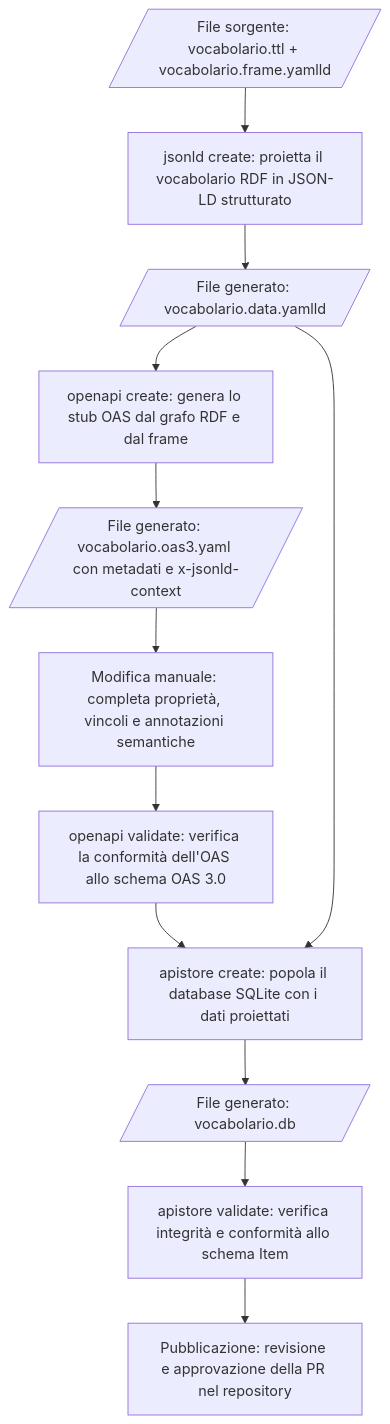
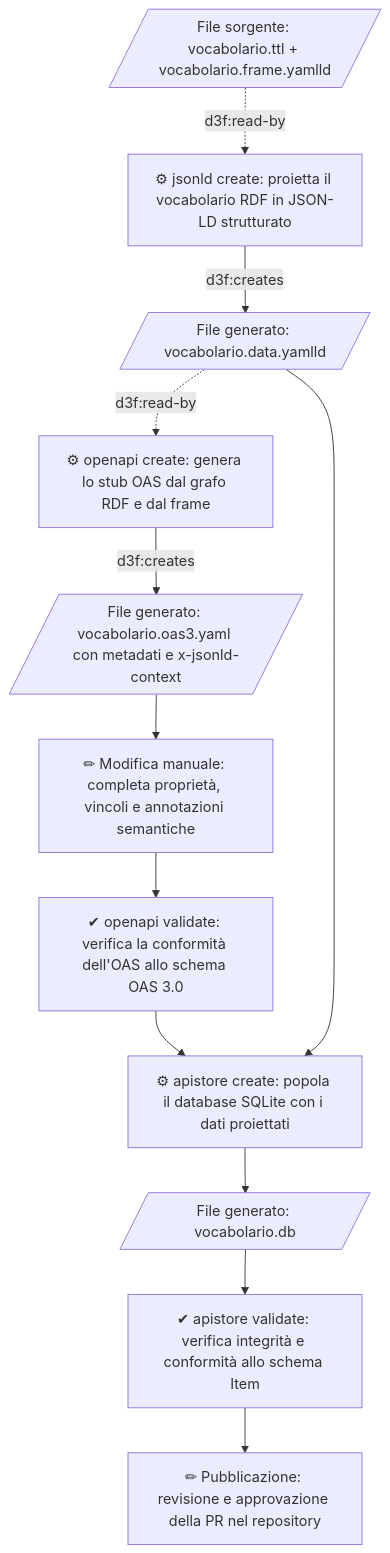
Before and after one commit to par-tec/dati-semantic-csv-apis: the second of 2 diagrams in docs/manual-api.md, drawn with Mermaid. The commit also changed other lines of this file, not shown here.

Commit message:
more graphs

````diff
--- a/docs/manual-api.md
+++ b/docs/manual-api.md
@@ -97,26 +96,26 @@
 ```mermaid
 flowchart TD
     Input[/"File sorgente: vocabolario.ttl + vocabolario.frame.yamlld"/]
-    GenJsonLD["jsonld create: proietta il vocabolario RDF in JSON-LD strutturato"]
-    Projection[/"File generato: vocabolario.data.yamlld"/]
-    GenOAS["openapi create: genera lo stub OAS dal grafo RDF e dal frame"]
-    Stub[/"File generato: vocabolario.oas3.yaml con metadati e x-jsonld-context"/]
-    ManualEdit["Modifica manuale: completa proprietà, vincoli e annotazioni semantiche"]
-    ValidateOAS["openapi validate: verifica la conformità dell'OAS allo schema OAS 3.0"]
-    CreateDB["apistore create: popola il database SQLite con i dati proiettati"]
+    jsonld-create["⚙ jsonld create: proietta il vocabolario RDF in JSON-LD strutturato"]
+    data-yaml[/"File generato: vocabolario.data.yamlld"/]
+    openapi-create["⚙ openapi create: genera lo stub OAS dal grafo RDF e dal frame"]
+    oas-stub-yaml[/"File generato: vocabolario.oas3.yaml con metadati e x-jsonld-context"/]
+    ManualEdit["✏ Modifica manuale: completa proprietà, vincoli e annotazioni semantiche"]
+    ValidateOAS["✔ openapi validate: verifica la conformità dell'OAS allo schema OAS 3.0"]
+    CreateDB["⚙ apistore create: popola il database SQLite con i dati proiettati"]
     DB[/"File generato: vocabolario.db"/]
-    ValidateDB["apistore validate: verifica integrità e conformità allo schema Item"]
-    Publish["Pubblicazione: revisione e approvazione della PR nel repository"]
+    ValidateDB["✔ apistore validate: verifica integrità e conformità allo schema Item"]
+    Publish["✏ Pubblicazione: revisione e approvazione della PR nel repository"]
 
-    Input --> GenJsonLD
-    GenJsonLD --> Projection
-    Projection --> GenOAS
-    GenOAS --> Stub
-    Stub --> ManualEdit
+    Input -.->|d3f:read-by| jsonld-create
+    jsonld-create -->|d3f:creates| data-yaml
+    data-yaml -.->|d3f:read-by| openapi-create
+    openapi-create -->|d3f:creates| oas-stub-yaml
+    oas-stub-yaml --> ManualEdit
     ManualEdit --> ValidateOAS
     ValidateOAS --> CreateDB
-    Projection --> CreateDB
+    data-yaml --> CreateDB
     CreateDB --> DB
     DB --> ValidateDB
     ValidateDB --> Publish
 ```
````
